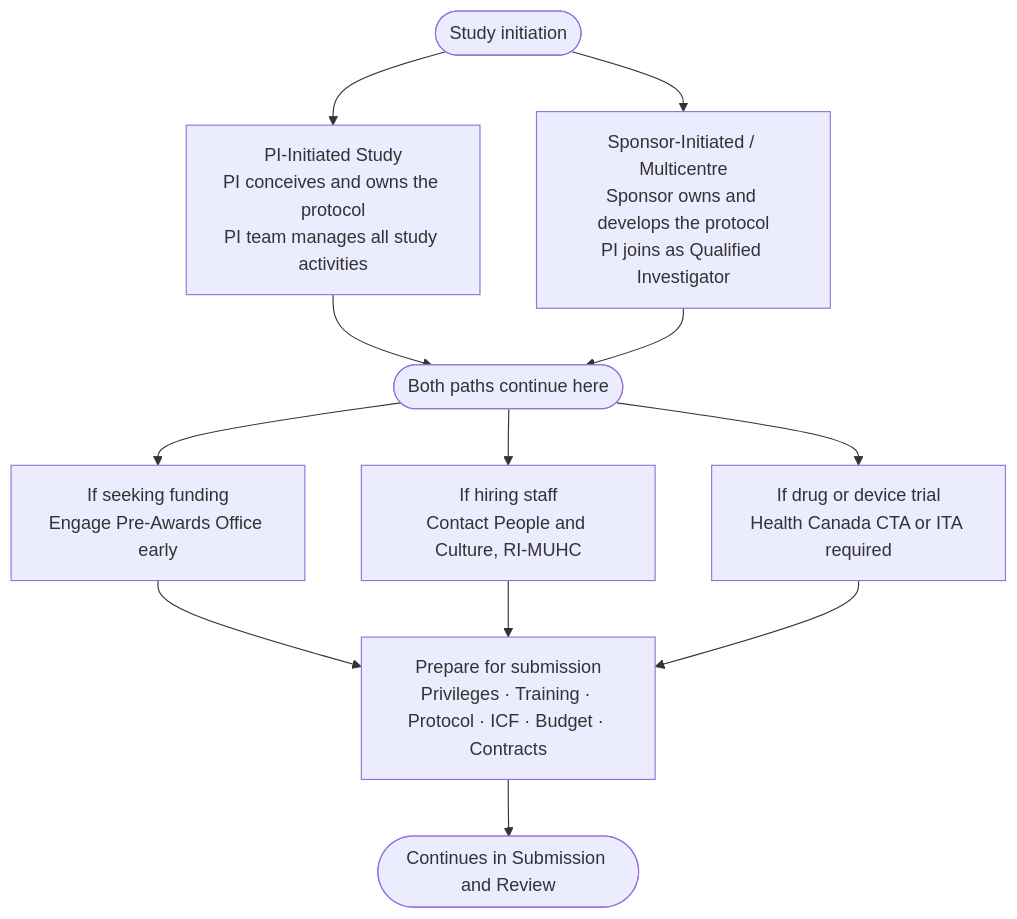
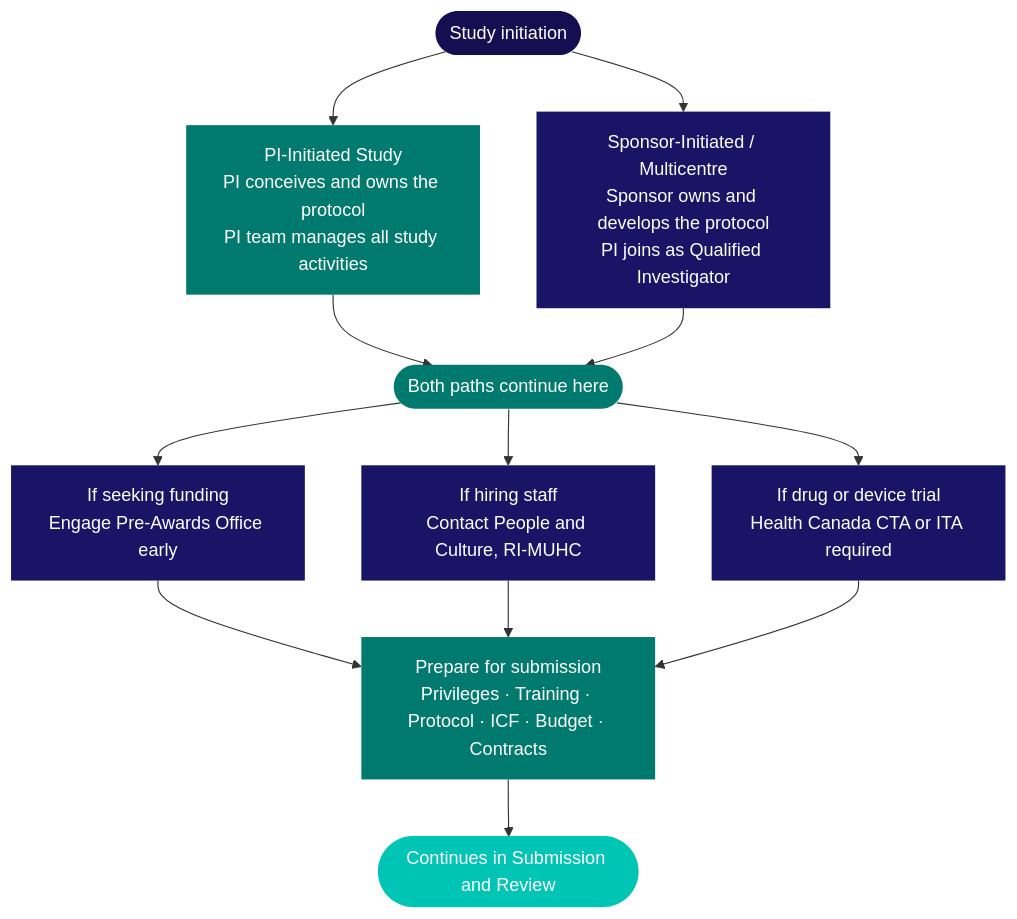
Before and after one commit to matthewfiorentino/docs: the diagram in kb/planning/overview.mdx, drawn with Mermaid. The commit also changed 14 other files, not shown here.

````diff
--- a/kb/planning/overview.mdx
+++ b/kb/planning/overview.mdx
@@ -12,13 +12,23 @@
 ```mermaid
 flowchart TD
     START([Study initiation]) --> PI & SP
     PI["PI-Initiated Study<br/>PI conceives and owns the protocol<br/>PI team manages all study activities"]
     SP["Sponsor-Initiated / Multicentre<br/>Sponsor owns and develops the protocol<br/>PI joins as Qualified Investigator"]
     PI & SP --> GATE([Both paths continue here])
     GATE --> F & H & R
     F["If seeking funding<br/>Engage Pre-Awards Office early"]
     H["If hiring staff<br/>Contact People and Culture, RI-MUHC"]
     R["If drug or device trial<br/>Health Canada CTA or ITA required"]
     F & H & R --> PREP["Prepare for submission<br/>Privileges · Training · Protocol · ICF · Budget · Contracts"]
     PREP --> SUB([Continues in Submission and Review])
+
+    style START fill:#150e51,color:#fff,stroke:none
+    style PI   fill:#007a6e,color:#fff,stroke:none
+    style SP   fill:#1a1466,color:#fff,stroke:none
+    style GATE fill:#007a6e,color:#fff,stroke:none
+    style F    fill:#1a1466,color:#fff,stroke:none
+    style H    fill:#1a1466,color:#fff,stroke:none
+    style R    fill:#1a1466,color:#fff,stroke:none
+    style PREP fill:#007a6e,color:#fff,stroke:none
+    style SUB  fill:#00c4b4,color:#fff,stroke:none
 ```
````
